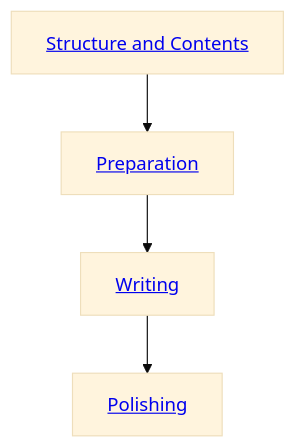
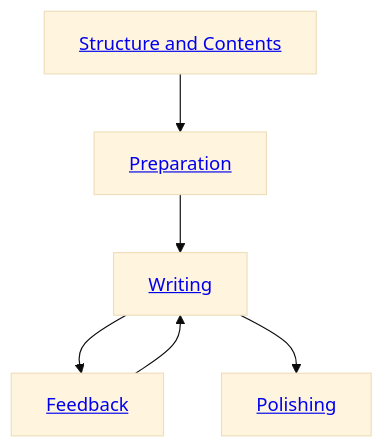
The diagram in docs/writing section.md (digital-work-lab/theses), drawn with Mermaid (base theme) before and after one commit. The commit also changed other lines of this file and 4 other files, not shown here.

````diff
--- a/docs/writing section.md
+++ b/docs/writing section.md
@@ -19,6 +19,9 @@
 ```mermaid
 flowchart
-    structure_and_contents["<a href='#structure_and_contents'>Structure and Contents</a>"] --> preparation["<a href='#preparation_phase'>Preparation</a>"] --> writing["<a href='#writing_phase'>Writing</a>"]
+    structure_and_contents["<a href='#structure_and_contents'>Structure and Contents</a>"] --> preparation["<a href='#preparation_phase'>Preparation</a>"]
+    preparation --> writing["<a href='#writing_phase'>Writing</a>"]
+    writing --> feedback["<a href='#feedback'>Feedback</a>"]
+    feedback --> writing
     writing --> polishing["<a href='#polishing_phase'>Polishing</a>"]
 
 ```
````
